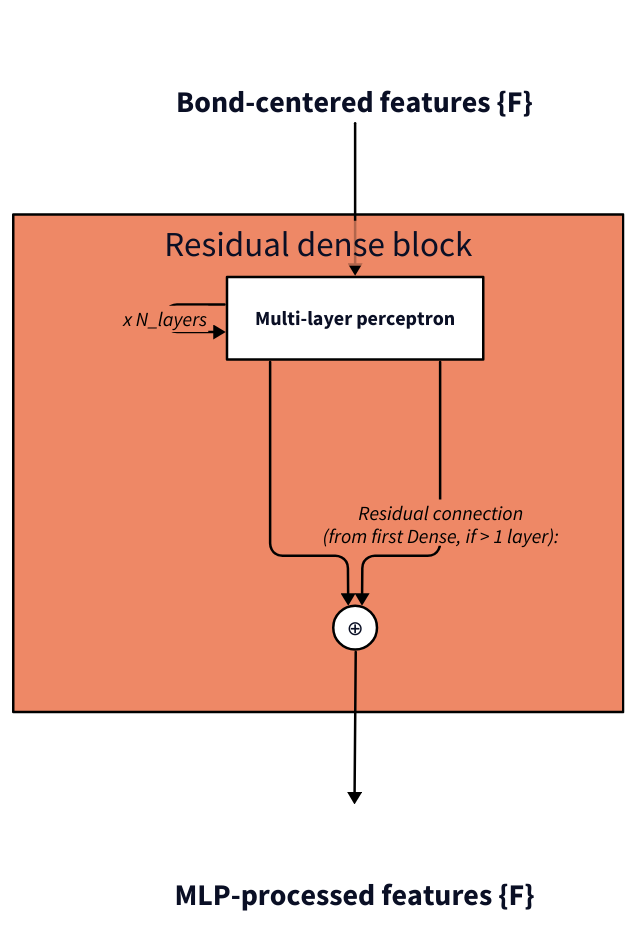
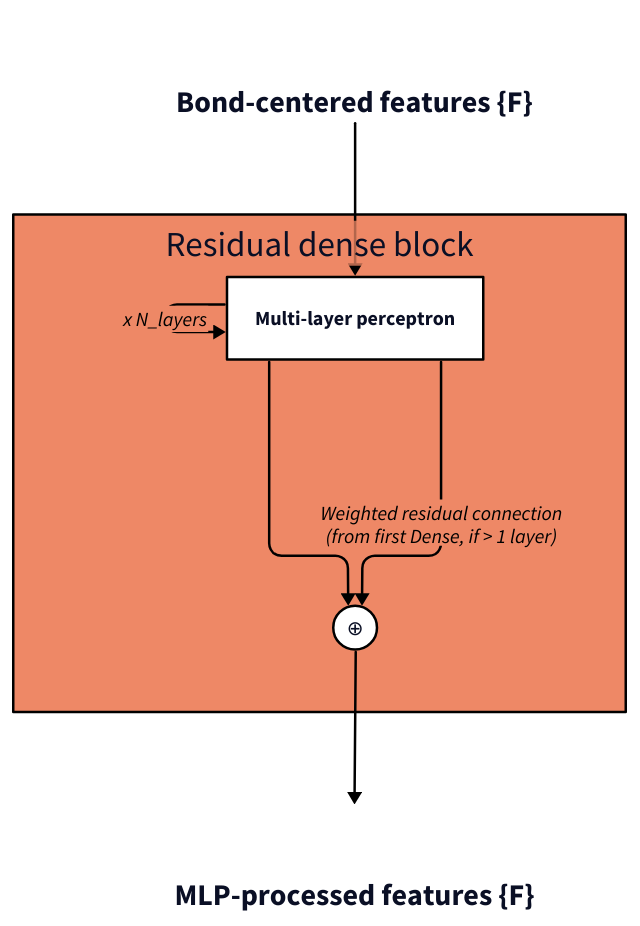
One commit to SamsungDS/gears_h changed the diagram in architecture_figures/4_rd.d2. Above: the diagram before and after it, drawn with D2.

Commit message:
Update residual dense architecture figure.

```diff
--- a/architecture_figures/4_rd.d2
+++ b/architecture_figures/4_rd.d2
@@ -1,101 +1,101 @@
 bcf: "Bond-centered features \{F\}" {class: empty;}# label.near: outside-top-center}
 mlpf: "MLP-processed features \{F\}" {class: empty; label.near: outside-top-center}
 
 rd: Residual dense block {
     class: rd
     da: Multi-layer perceptron {
         class: in_module
         # d1: Dense {class: in_module}
         # act: Activation {class: in_module}
         # d1 -> act: {style: {stroke: "#000000"; font-color: black}}
     }
     da -> da: x N_layers {style: {stroke: "#000000"; font-color: black}}
     s1: ⊕ {class: operator}
     da -> s1: {style: {stroke: "#000000"; font-color: black}}
-    da -> s1: Residual connection\n(from first Dense, if > 1 layer): {style: {stroke: "#000000"; font-color: black}}
+    da -> s1: Weighted residual connection\n(from first Dense, if > 1 layer) {style: {stroke: "#000000"; font-color: black}}
 }
 
 bcf -> rd.da: {style: {stroke: "#000000"; font-color: black}}
 rd.s1 -> mlpf: {style: {stroke: "#000000"; font-color: black}}
 
 classes: {
     operator: {shape: circle
                width: 35
                height: 35
                style: {fill: "#FFFFFF"
                        stroke: "#000000"
                     #    font: mono
                       }
     }
     empty: {
             # label: ""
             width: 50
             height: 50
             style: {
                 fill: transparent
                 stroke: transparent
                 font-size: 24
             }
     }
     sarb: {
         style: {
             fill: "#44BB99"
             stroke: "#000000"
         }
     }
     in_module: {
         style: {
             fill: "#FFFFFF"
             stroke: "#000000"
             # opacity: 0.5
         }
     }
     ac: {
         style: {
             fill: "#BBCC33"
             stroke: "#000000"
         }
     }
     bc: {
         style: {
             fill: "#EEDD88"
             stroke: "#000000"
         }
     }
     rd: {
         style: {
             fill: "#EE8866"
             stroke: "#000000"
         }
     }
     ro: {
         style: {
             fill: "#FFAABB"
             stroke: "#000000"
         }
     }
     outs: {
         style: {
             fill: "#DDDDDD"
             stroke: "#000000"
             multiple: true
         }
     }
     input : {
         # label: ""
         width: 50
         height: 50
         style: {
             fill: "#99DDFF"
             stroke: "#000000"
             multiple: true
         }
     }
 }
 
 vars: {
     d2-config: {
       layout-engine: elk
     #   theme-id: 101
     }
 }
```
